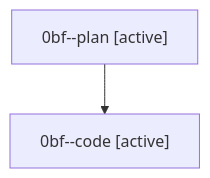
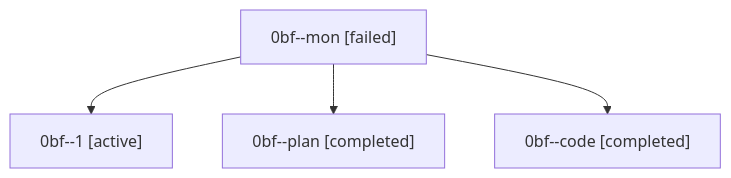
Before and after one commit to sase-org/sase--agents: the diagram in families/bbugyi200.athena.0bf.md, drawn with Mermaid. The commit also changed other lines of this file and 25 other files, not shown here.

````diff
--- a/families/bbugyi200.athena.0bf.md
+++ b/families/bbugyi200.athena.0bf.md
@@ -9,6 +9,10 @@
 ```mermaid
 flowchart TD
-  n0["0bf--plan [active]"]
-  n1["0bf--code [active]"]
+  n0["0bf--mon [failed]"]
+  n1["0bf--1 [active]"]
   n0 --> n1
+  n2["0bf--plan [completed]"]
+  n0 --> n2
+  n3["0bf--code [completed]"]
+  n0 --> n3
 ```
````
